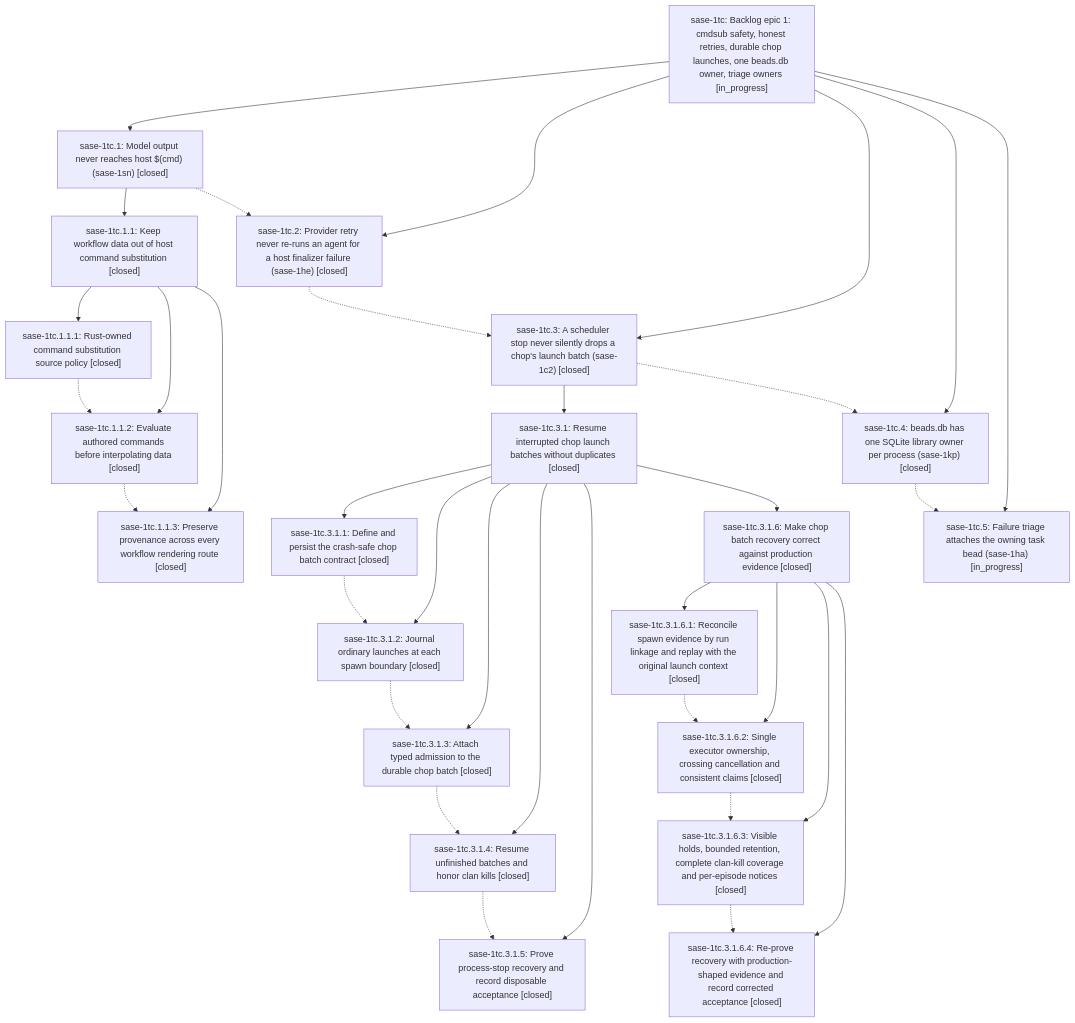
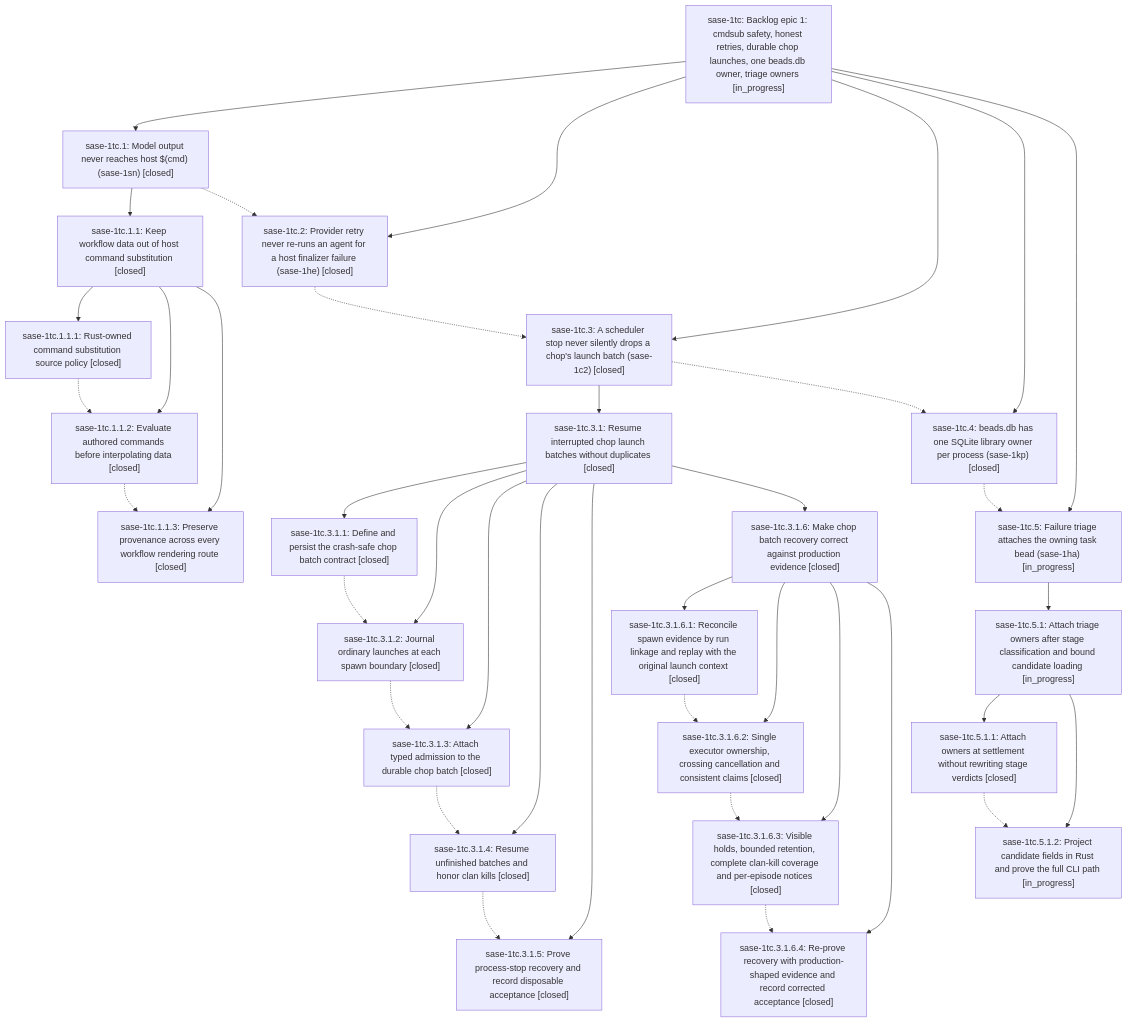
Before and after one commit to sase-org/sase--beads: the diagram in pages/sase-1tc/README.md, drawn with Mermaid. The commit also changed other lines of this file and 5 other files, not shown here.

````diff
--- a/pages/sase-1tc/README.md
+++ b/pages/sase-1tc/README.md
@@ -48,57 +48,64 @@
 ```mermaid
 flowchart TD
     n0["sase-1tc: Backlog epic 1: cmdsub safety, honest retries, durable chop launches, one beads.db owner, triage owners [in_progress]"]
     n1["sase-1tc.1: Model output never reaches host $(cmd) (sase-1sn) [closed]"]
     n2["sase-1tc.1.1: Keep workflow data out of host command substitution [closed]"]
     n3["sase-1tc.1.1.1: Rust-owned command substitution source policy [closed]"]
     n4["sase-1tc.1.1.2: Evaluate authored commands before interpolating data [closed]"]
     n5["sase-1tc.1.1.3: Preserve provenance across every workflow rendering route [closed]"]
     n6["sase-1tc.2: Provider retry never re-runs an agent for a host finalizer failure (sase-1he) [closed]"]
     n7["sase-1tc.3: A scheduler stop never silently drops a chop's launch batch (sase-1c2) [closed]"]
     n8["sase-1tc.3.1: Resume interrupted chop launch batches without duplicates [closed]"]
     n9["sase-1tc.3.1.1: Define and persist the crash-safe chop batch contract [closed]"]
     n10["sase-1tc.3.1.2: Journal ordinary launches at each spawn boundary [closed]"]
     n11["sase-1tc.3.1.3: Attach typed admission to the durable chop batch [closed]"]
     n12["sase-1tc.3.1.4: Resume unfinished batches and honor clan kills [closed]"]
     n13["sase-1tc.3.1.5: Prove process-stop recovery and record disposable acceptance [closed]"]
     n14["sase-1tc.3.1.6: Make chop batch recovery correct against production evidence [closed]"]
     n15["sase-1tc.3.1.6.1: Reconcile spawn evidence by run linkage and replay with the original launch context [closed]"]
     n16["sase-1tc.3.1.6.2: Single executor ownership, crossing cancellation and consistent claims [closed]"]
     n17["sase-1tc.3.1.6.3: Visible holds, bounded retention, complete clan-kill coverage and per-episode notices [closed]"]
     n18["sase-1tc.3.1.6.4: Re-prove recovery with production-shaped evidence and record corrected acceptance [closed]"]
     n19["sase-1tc.4: beads.db has one SQLite library owner per process (sase-1kp) [closed]"]
     n20["sase-1tc.5: Failure triage attaches the owning task bead (sase-1ha) [in_progress]"]
+    n21["sase-1tc.5.1: Attach triage owners after stage classification and bound candidate loading [in_progress]"]
+    n22["sase-1tc.5.1.1: Attach owners at settlement without rewriting stage verdicts [closed]"]
+    n23["sase-1tc.5.1.2: Project candidate fields in Rust and prove the full CLI path [in_progress]"]
     n0 --> n1
     n1 --> n2
     n2 --> n3
     n2 --> n4
     n2 --> n5
     n0 --> n6
     n0 --> n7
     n7 --> n8
     n8 --> n9
     n8 --> n10
     n8 --> n11
     n8 --> n12
     n8 --> n13
     n8 --> n14
     n14 --> n15
     n14 --> n16
     n14 --> n17
     n14 --> n18
     n0 --> n19
     n0 --> n20
+    n20 --> n21
+    n21 --> n22
+    n21 --> n23
     n1 -.-> n6
     n3 -.-> n4
     n4 -.-> n5
     n6 -.-> n7
     n7 -.-> n19
     n9 -.-> n10
     n10 -.-> n11
     n11 -.-> n12
     n12 -.-> n13
     n15 -.-> n16
     n16 -.-> n17
     n17 -.-> n18
     n19 -.-> n20
+    n22 -.-> n23
 ```
````
